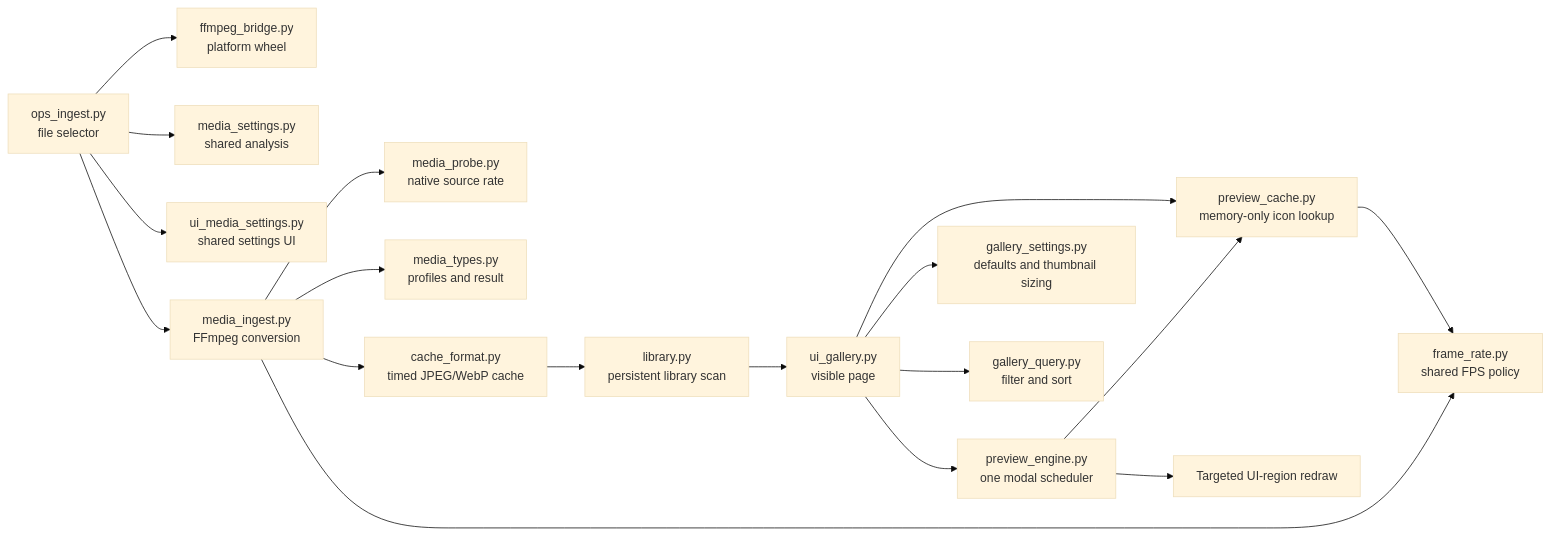
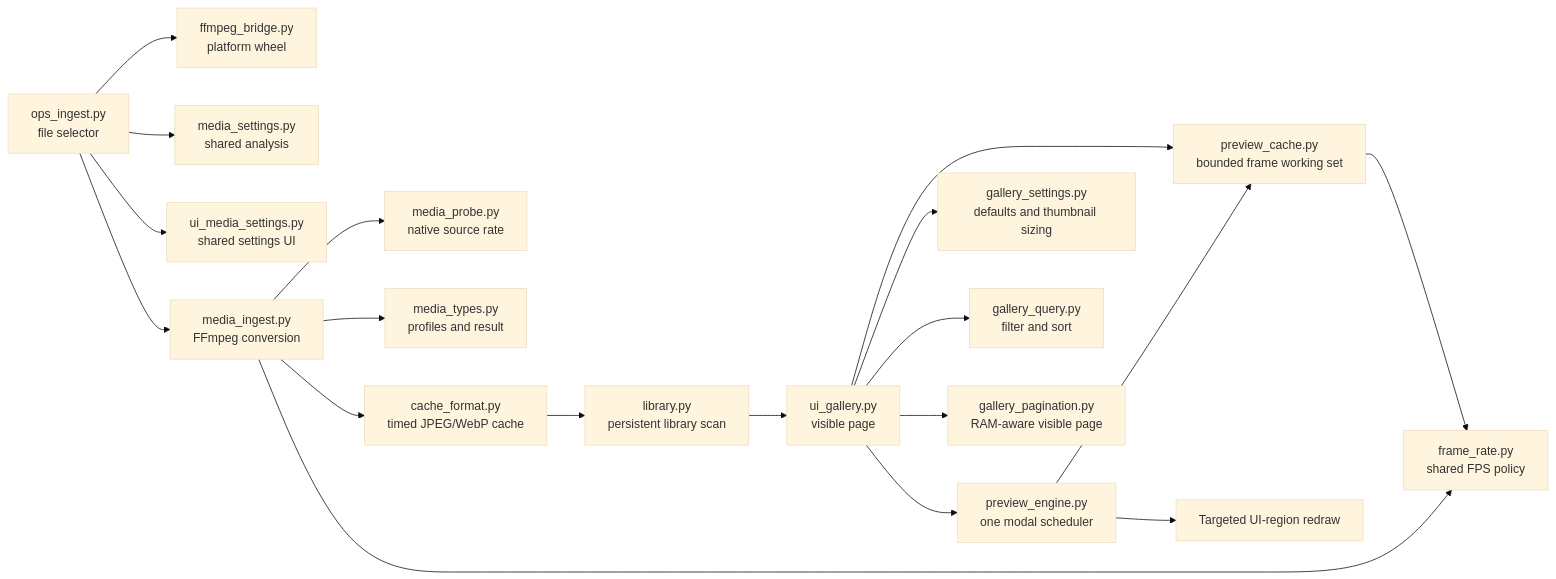
Before and after one commit to tdw46/blender-animated-ui: the diagram in README.md, drawn with Mermaid (base theme). The commit also changed other lines of this file and 13 other files, not shown here.

Commit message:
Add RAM-aware animated gallery pagination

````diff
--- a/README.md
+++ b/README.md
@@ -168,21 +196,22 @@
 ```mermaid
 flowchart LR
-    UI["ui_gallery.py<br/>visible page"] --> PC["preview_cache.py<br/>memory-only icon lookup"]
+    UI["ui_gallery.py<br/>visible page"] --> PC["preview_cache.py<br/>bounded frame working set"]
     UI --> PE["preview_engine.py<br/>one modal scheduler"]
     PE --> PC
     PE --> R["Targeted UI-region redraw"]
     PC --> FPS["frame_rate.py<br/>shared FPS policy"]
     UI --> GS["gallery_settings.py<br/>defaults and thumbnail sizing"]
     UI --> GQ["gallery_query.py<br/>filter and sort"]
+    UI --> GP["gallery_pagination.py<br/>RAM-aware visible page"]
 
     OP["ops_ingest.py<br/>file selector"] --> FB["ffmpeg_bridge.py<br/>platform wheel"]
     OP --> MS["media_settings.py<br/>shared analysis"]
     OP --> UIS["ui_media_settings.py<br/>shared settings UI"]
     OP --> MI["media_ingest.py<br/>FFmpeg conversion"]
     MI --> MP["media_probe.py<br/>native source rate"]
     MI --> MT["media_types.py<br/>profiles and result"]
     MI --> FPS
     MI --> CF["cache_format.py<br/>timed JPEG/WebP cache"]
     CF --> LIB["library.py<br/>persistent library scan"]
     LIB --> UI
 ```
````
